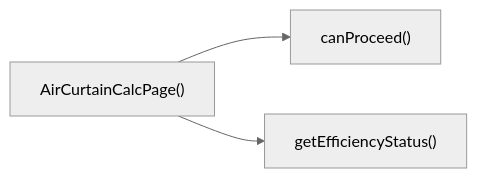
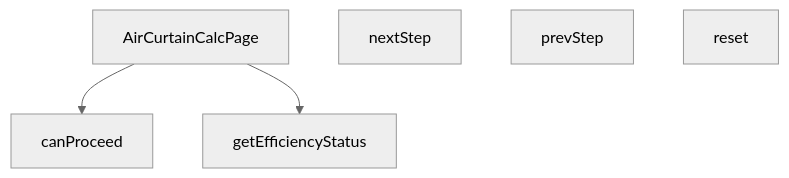
One commit to peckop/venthub-hvac-esite changed the diagram in src/views/calculators/AirCurtainCalcPage.md. Above: the diagram before and after it, drawn with Mermaid (neutral theme). The commit also changed other lines of this file and 488 other files, not shown here.

````diff
--- a/src/views/calculators/AirCurtainCalcPage.md
+++ b/src/views/calculators/AirCurtainCalcPage.md
@@ -196,5 +165,11 @@
 ```mermaid
-graph LR
-    AirCurtainCalcPage["AirCurtainCalcPage()"] --> canProceed["canProceed()"]
-    AirCurtainCalcPage["AirCurtainCalcPage()"] --> getEfficiencyStatus["getEfficiencyStatus()"]
+graph TD
+    AirCurtainCalcPage_tsx__AirCurtainCalcPage["AirCurtainCalcPage"]
+    AirCurtainCalcPage_tsx__canProceed["canProceed"]
+    AirCurtainCalcPage_tsx__getEfficiencyStatus["getEfficiencyStatus"]
+    AirCurtainCalcPage_tsx__nextStep["nextStep"]
+    AirCurtainCalcPage_tsx__prevStep["prevStep"]
+    AirCurtainCalcPage_tsx__reset["reset"]
+    AirCurtainCalcPage_tsx__AirCurtainCalcPage --> AirCurtainCalcPage_tsx__canProceed
+    AirCurtainCalcPage_tsx__AirCurtainCalcPage --> AirCurtainCalcPage_tsx__getEfficiencyStatus
 ```
````
